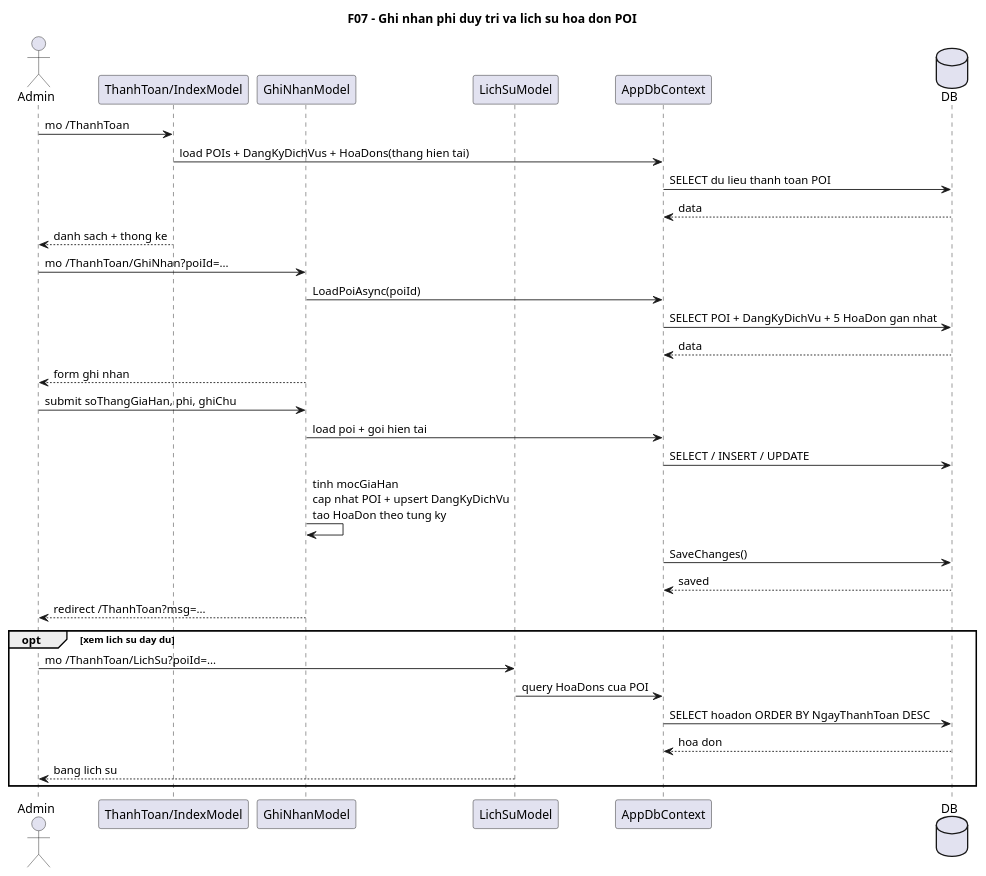
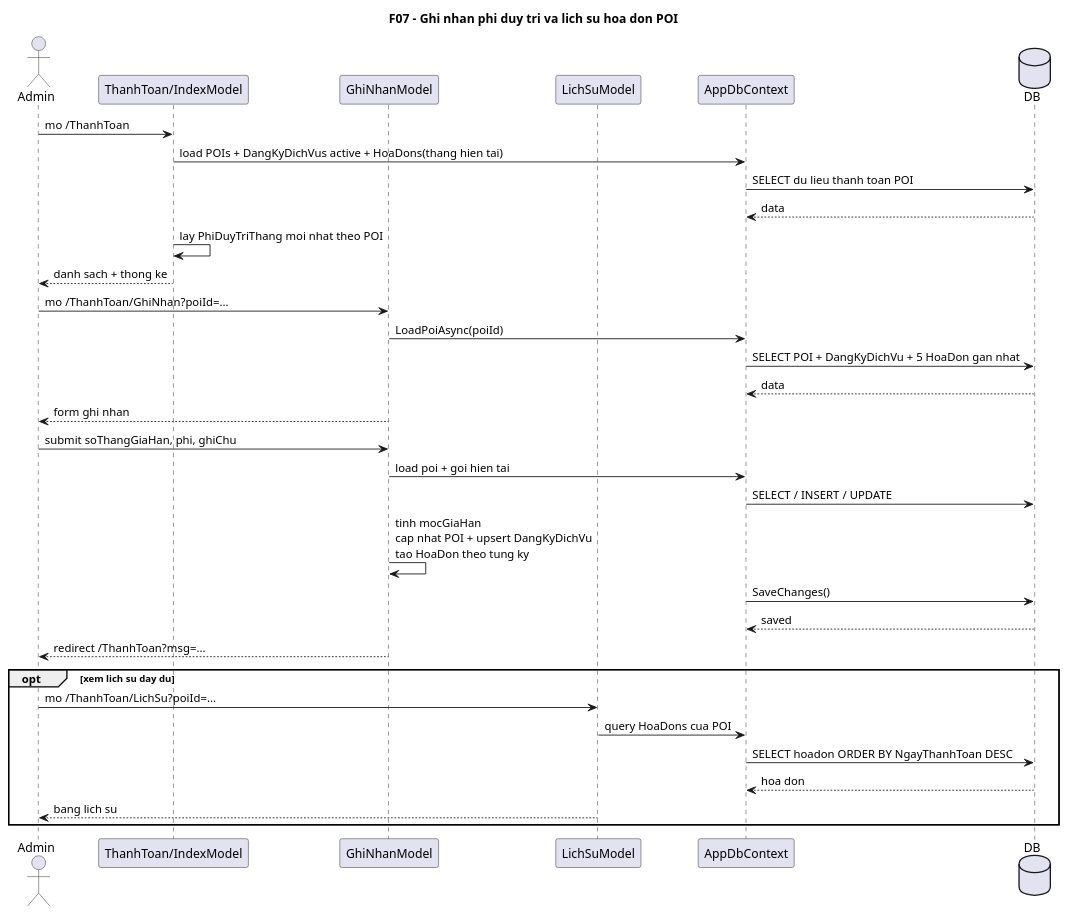
The diagram in docs/diagrams/07-maintenance-payment-sequence.puml (VoBao182/PhoAmThuc), drawn with PlantUML before and after one commit. The commit also changed 60 other files, not shown here.

```diff
--- a/docs/diagrams/07-maintenance-payment-sequence.puml
+++ b/docs/diagrams/07-maintenance-payment-sequence.puml
@@ -1,46 +1,47 @@
 @startuml
 ' Diagram: F07 - Ghi nhan phi duy tri va lich su hoa don POI (Sequence)
 ' Status: WIP
-' Baseline: branch master, HEAD a5fde70
+' Baseline: branch master, HEAD 0b9ca4b + working tree 2026-04-22
 ' Source:
 ' - VinhKhanhTour.CMS/Pages/ThanhToan/Index.cshtml.cs: OnGetAsync()
 ' - VinhKhanhTour.CMS/Pages/ThanhToan/GhiNhan.cshtml.cs: OnGetAsync(), OnPostAsync(), LoadPoiAsync()
 ' - VinhKhanhTour.CMS/Pages/ThanhToan/LichSu.cshtml.cs: OnGetAsync()
 ' Note: Sequence nay mo ta dung luong Razor PageModel hien tai, khong mo ta API PaymentController du phong de tranh suy dien vuot qua code dang chay.
 title F07 - Ghi nhan phi duy tri va lich su hoa don POI
 
 actor Admin
 participant "ThanhToan/IndexModel" as IndexModel
 participant "GhiNhanModel" as GhiNhanModel
 participant "LichSuModel" as LichSuModel
 participant AppDbContext
 database DB
 
 Admin -> IndexModel: mo /ThanhToan
-IndexModel -> AppDbContext: load POIs + DangKyDichVus + HoaDons(thang hien tai)
+IndexModel -> AppDbContext: load POIs + DangKyDichVus active + HoaDons(thang hien tai)
 AppDbContext -> DB: SELECT du lieu thanh toan POI
 DB --> AppDbContext: data
+IndexModel -> IndexModel: lay PhiDuyTriThang moi nhat theo POI
 IndexModel --> Admin: danh sach + thong ke
 
 Admin -> GhiNhanModel: mo /ThanhToan/GhiNhan?poiId=...
 GhiNhanModel -> AppDbContext: LoadPoiAsync(poiId)
 AppDbContext -> DB: SELECT POI + DangKyDichVu + 5 HoaDon gan nhat
 DB --> AppDbContext: data
 GhiNhanModel --> Admin: form ghi nhan
 
 Admin -> GhiNhanModel: submit soThangGiaHan, phi, ghiChu
 GhiNhanModel -> AppDbContext: load poi + goi hien tai
 AppDbContext -> DB: SELECT / INSERT / UPDATE
 GhiNhanModel -> GhiNhanModel: tinh mocGiaHan\ncap nhat POI + upsert DangKyDichVu\ntao HoaDon theo tung ky
 AppDbContext -> DB: SaveChanges()
 DB --> AppDbContext: saved
 GhiNhanModel --> Admin: redirect /ThanhToan?msg=...
 
 opt xem lich su day du
   Admin -> LichSuModel: mo /ThanhToan/LichSu?poiId=...
   LichSuModel -> AppDbContext: query HoaDons cua POI
   AppDbContext -> DB: SELECT hoadon ORDER BY NgayThanhToan DESC
   DB --> AppDbContext: hoa don
   LichSuModel --> Admin: bang lich su
 end
 @enduml
```
